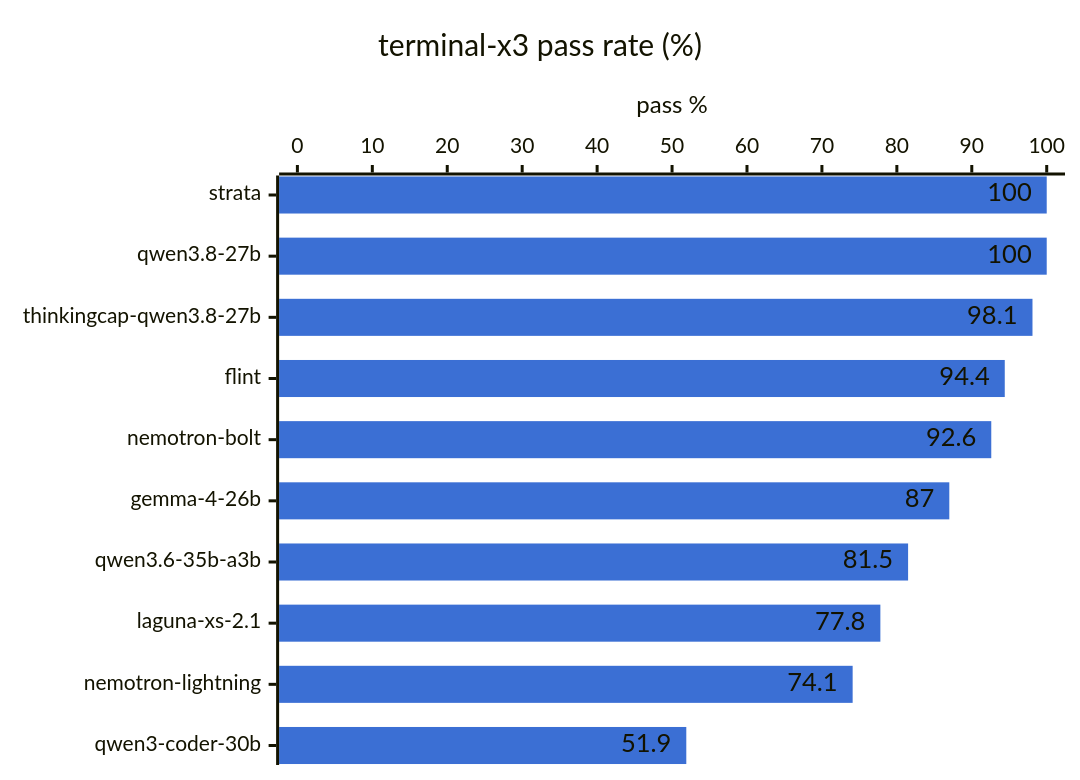
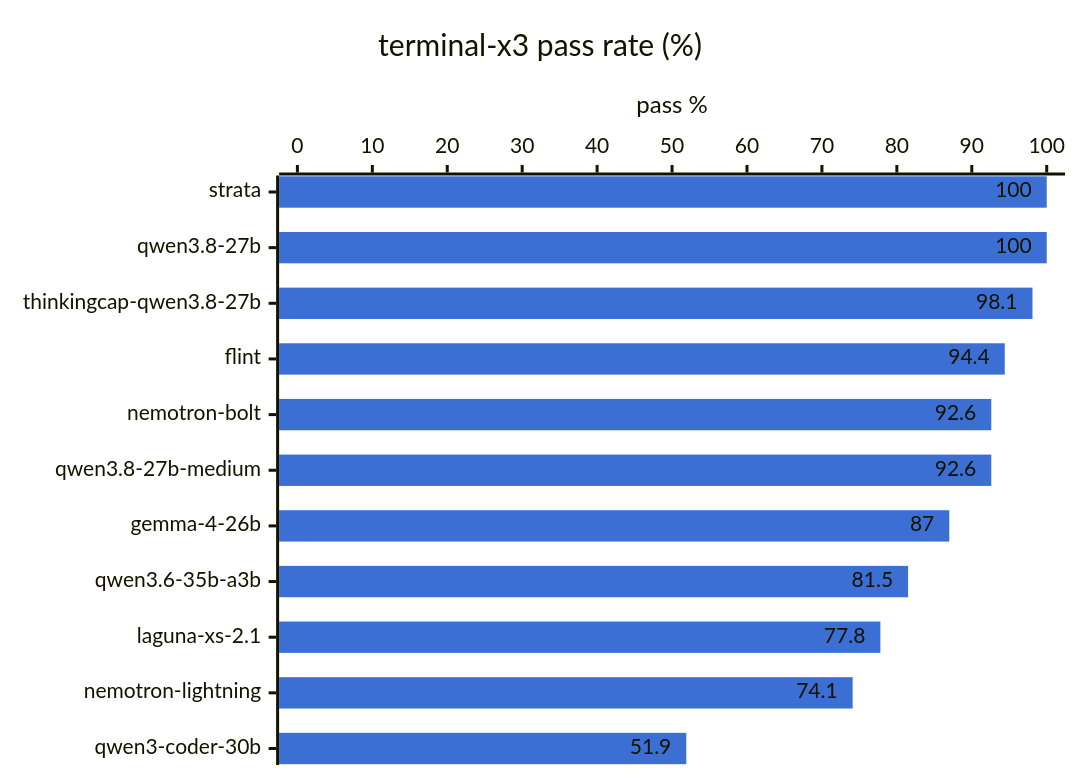
One commit to hofftodd/ai-bench changed the first of 3 diagrams in RESULTS.md. Above: the diagram before and after it, drawn with Mermaid. The commit also changed other lines of this file and 5 other files, not shown here.

First line of the commit message:
Write up LCB 64k, Strata re-run and qwen3.8 medium effort; queue finished

````diff
--- a/RESULTS.md
+++ b/RESULTS.md
@@ -11,8 +11,8 @@
 ```mermaid
 %%{init: {"xyChart": {"showDataLabel": true}, "themeVariables": {"xyChart": {"plotColorPalette": "#3b6fd4"}}}}%%
 xychart-beta horizontal
     title "terminal-x3 pass rate (%)"
-    x-axis ["strata", "qwen3.8-27b", "thinkingcap-qwen3.8-27b", "flint", "nemotron-bolt", "gemma-4-26b", "qwen3.6-35b-a3b", "laguna-xs-2.1", "nemotron-lightning", "qwen3-coder-30b"]
+    x-axis ["strata", "qwen3.8-27b", "thinkingcap-qwen3.8-27b", "flint", "nemotron-bolt", "qwen3.8-27b-medium", "gemma-4-26b", "qwen3.6-35b-a3b", "laguna-xs-2.1", "nemotron-lightning", "qwen3-coder-30b"]
     y-axis "pass %" 0 --> 100
-    bar [100.0, 100.0, 98.1, 94.4, 92.6, 87.0, 81.5, 77.8, 74.1, 51.9]
+    bar [100.0, 100.0, 98.1, 94.4, 92.6, 92.6, 87.0, 81.5, 77.8, 74.1, 51.9]
 ```
````
